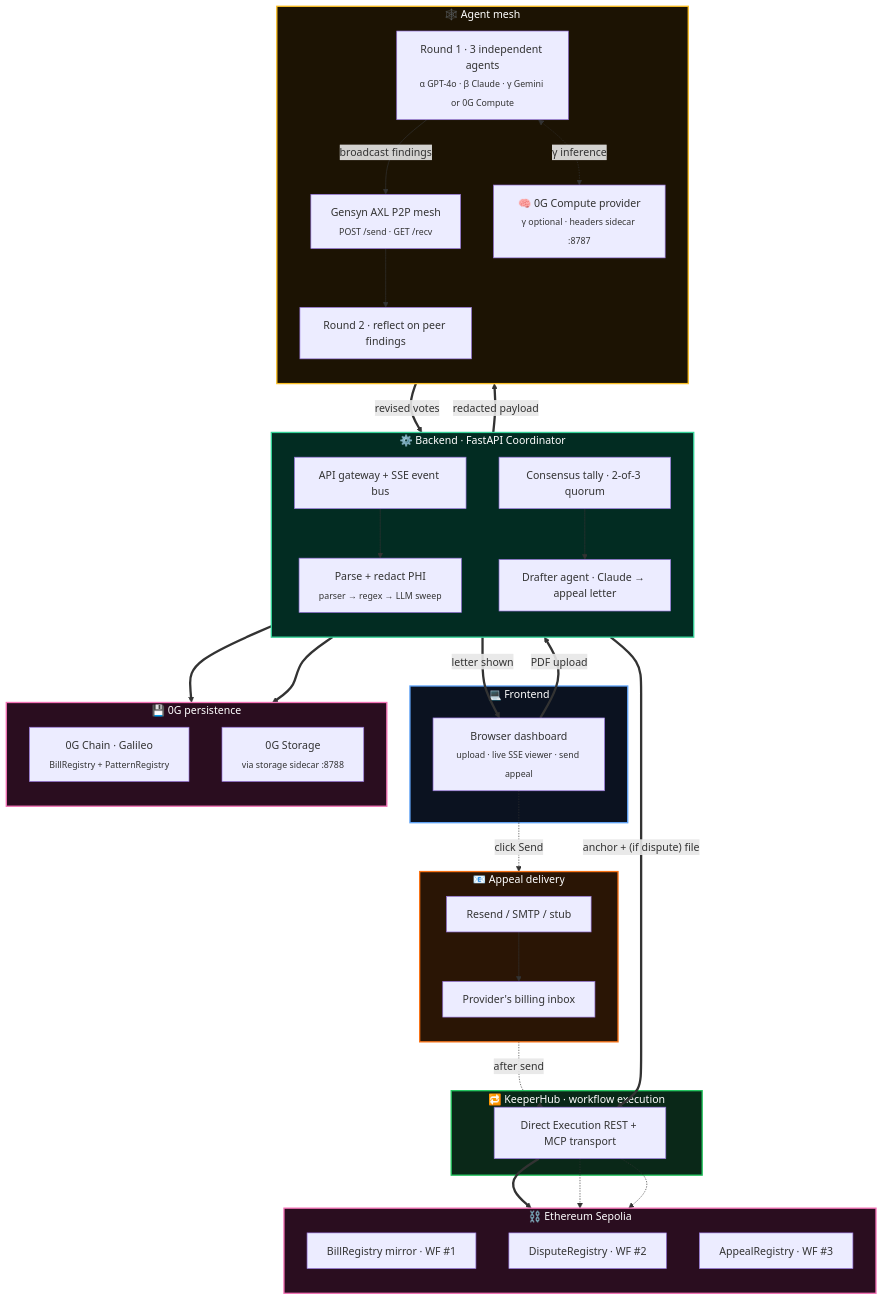
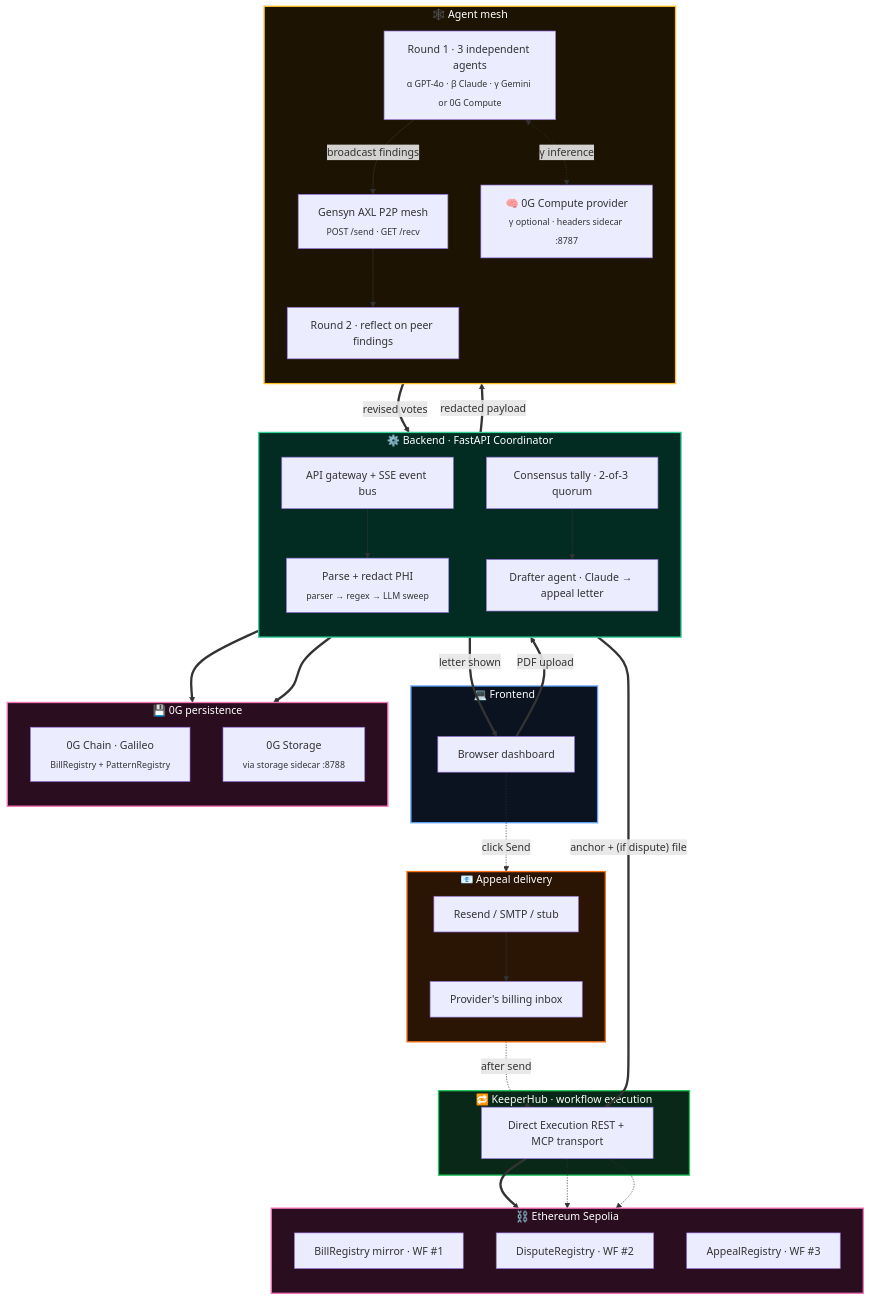
The diagram in README.md (jhatch3/lethe-), drawn with Mermaid before and after one commit.

Commit message:
diagramssss

````diff
--- a/README.md
+++ b/README.md
@@ -98,82 +98,82 @@
 ```mermaid
 flowchart TB
     subgraph FE["💻 Frontend"]
-        User["Browser dashboard<br/><sub>upload · live SSE viewer · send appeal</sub>"]
+        User["Browser dashboard"]
     end
 
     subgraph BE["⚙️ Backend · FastAPI Coordinator"]
         direction TB
         API["API gateway + SSE event bus"]
         Parse["Parse + redact PHI<br/><sub>parser → regex → LLM sweep</sub>"]
         Tally["Consensus tally · 2-of-3 quorum"]
         Drafter["Drafter agent · Claude → appeal letter"]
         API --> Parse
         Tally --> Drafter
     end
 
     subgraph Mesh["🕸️ Agent mesh"]
         direction TB
         Round1["Round 1 · 3 independent agents<br/><sub>α GPT-4o · β Claude · γ Gemini or 0G Compute</sub>"]
         AXL["Gensyn AXL P2P mesh<br/><sub>POST /send · GET /recv</sub>"]
         Round2["Round 2 · reflect on peer findings"]
         ZGC["🧠 0G Compute provider<br/><sub>γ optional · headers sidecar :8787</sub>"]
         Round1 -->|broadcast findings| AXL --> Round2
         Round1 <-.->|γ inference| ZGC
     end
 
     subgraph Persist["💾 0G persistence"]
         direction TB
         ZGChain["0G Chain · Galileo<br/><sub>BillRegistry + PatternRegistry</sub>"]
         ZGStorage["0G Storage<br/><sub>via storage sidecar :8788</sub>"]
     end
 
     subgraph Exec["🔁 KeeperHub · workflow execution"]
         KH["Direct Execution REST + MCP transport"]
     end
 
     subgraph Sep["⛓️ Ethereum Sepolia"]
         direction TB
         SepMirror["BillRegistry mirror · WF #1"]
         SepDispute["DisputeRegistry · WF #2"]
         SepAppeal["AppealRegistry · WF #3"]
     end
 
     subgraph Mail["📧 Appeal delivery"]
         direction TB
         Email["Resend / SMTP / stub"]
         Provider["Provider's billing inbox"]
         Email --> Provider
     end
 
     %% === Main pipeline: spine of data flow ===
     User ==>|PDF upload| API
     Parse ==>|redacted payload| Round1
     Round2 ==>|revised votes| Tally
     Drafter ==>|letter shown| User
 
     %% === Persistence fan-out from Tally (single edge per destination) ===
     Tally ==> ZGChain
     Tally ==> ZGStorage
     Tally ==>|"anchor + (if dispute) file"| KH
     KH ==> SepMirror
     KH -.-> SepDispute
 
     %% === User-initiated appeal send ===
     User -.->|click Send| Email
     Email -.->|after send| KH
     KH -.-> SepAppeal
 
     classDef tierFE      fill:#0b1220,stroke:#60a5fa,stroke-width:2px,color:#fff
     classDef tierBE      fill:#022c22,stroke:#34d399,stroke-width:2px,color:#fff
     classDef tierMesh    fill:#1c1303,stroke:#fbbf24,stroke-width:2px,color:#fff
     classDef tierChain   fill:#2a0d1f,stroke:#f472b6,stroke-width:2px,color:#fff
     classDef tierExec    fill:#0a2818,stroke:#22c55e,stroke-width:2px,color:#fff
     classDef tierMail    fill:#2a1505,stroke:#f97316,stroke-width:2px,color:#fff
 
     class FE tierFE
     class BE tierBE
     class Mesh tierMesh
     class Persist,Sep tierChain
     class Exec tierExec
     class Mail tierMail
 ```
````
